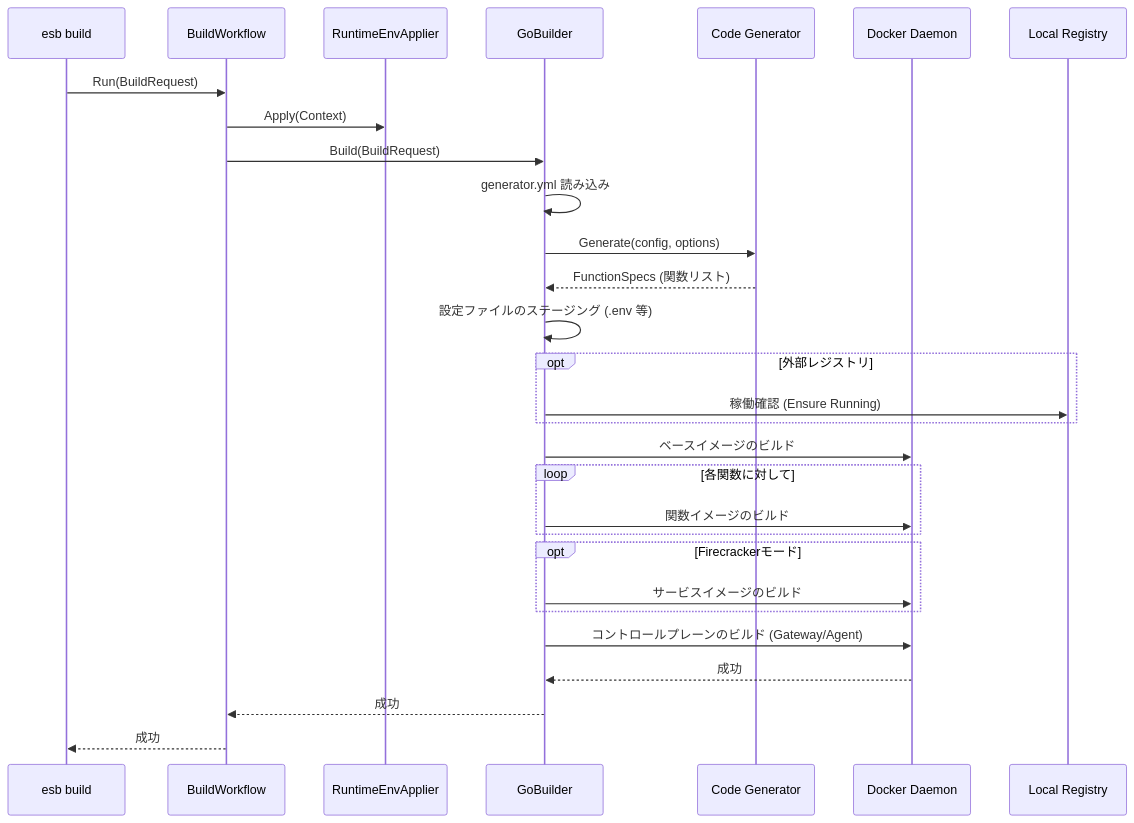
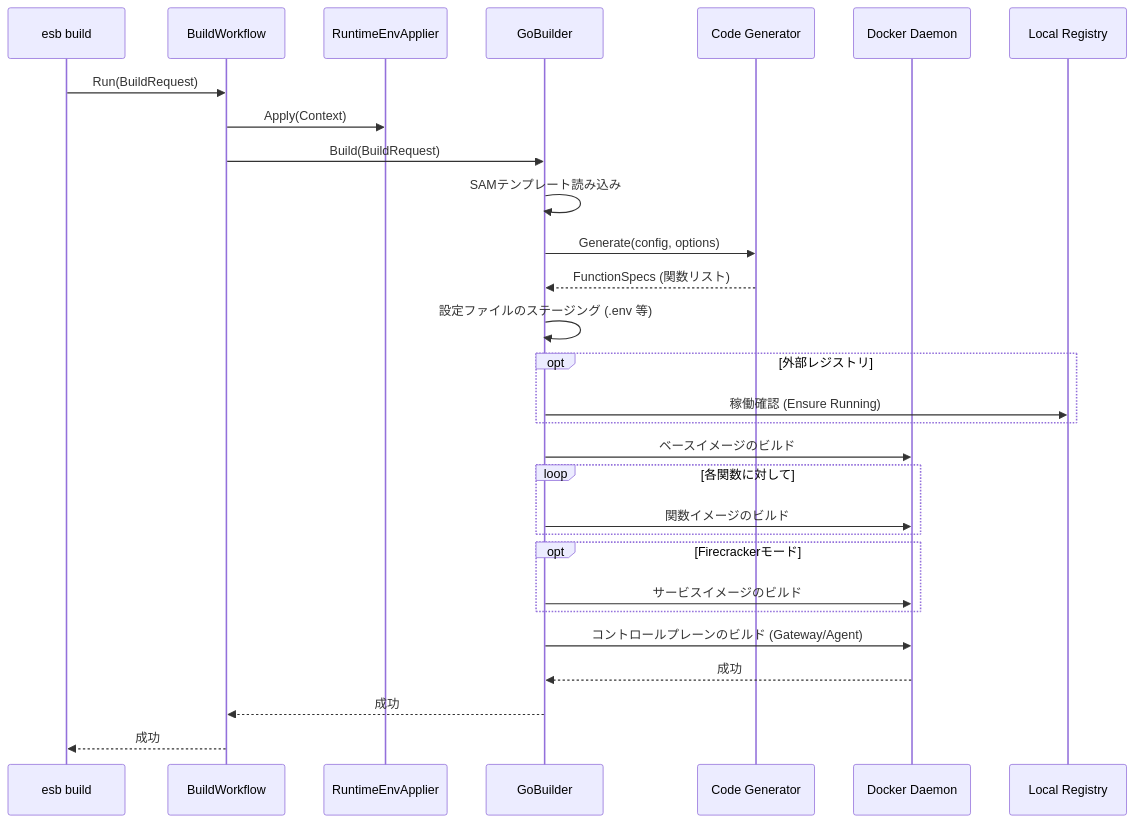
One commit to poruru-code/esb-cli changed the diagram in docs/build.md. Above: the diagram before and after it, drawn with Mermaid. The commit also changed other lines of this file and 85 other files, not shown here.

````diff
--- a/docs/build.md
+++ b/docs/build.md
@@ -56,39 +58,39 @@
 ```mermaid
 sequenceDiagram
     participant CLI as esb build
     participant WF as BuildWorkflow
     participant Env as RuntimeEnvApplier
     participant Builder as GoBuilder
     participant Generator as Code Generator
     participant Docker as Docker Daemon
     participant Registry as Local Registry
 
     CLI->>WF: Run(BuildRequest)
     WF->>Env: Apply(Context)
     WF->>Builder: Build(BuildRequest)
-    Builder->>Builder: generator.yml 読み込み
+    Builder->>Builder: SAMテンプレート読み込み
     Builder->>Generator: Generate(config, options)
     Generator-->>Builder: FunctionSpecs (関数リスト)
 
     Builder->>Builder: 設定ファイルのステージング (.env 等)
 
     opt 外部レジストリ
         Builder->>Registry: 稼働確認 (Ensure Running)
     end
 
     Builder->>Docker: ベースイメージのビルド
 
     loop 各関数に対して
         Builder->>Docker: 関数イメージのビルド
     end
 
     opt Firecrackerモード
         Builder->>Docker: サービスイメージのビルド
     end
 
     Builder->>Docker: コントロールプレーンのビルド (Gateway/Agent)
 
     Docker-->>Builder: 成功
     Builder-->>WF: 成功
     WF-->>CLI: 成功
 ```
````
